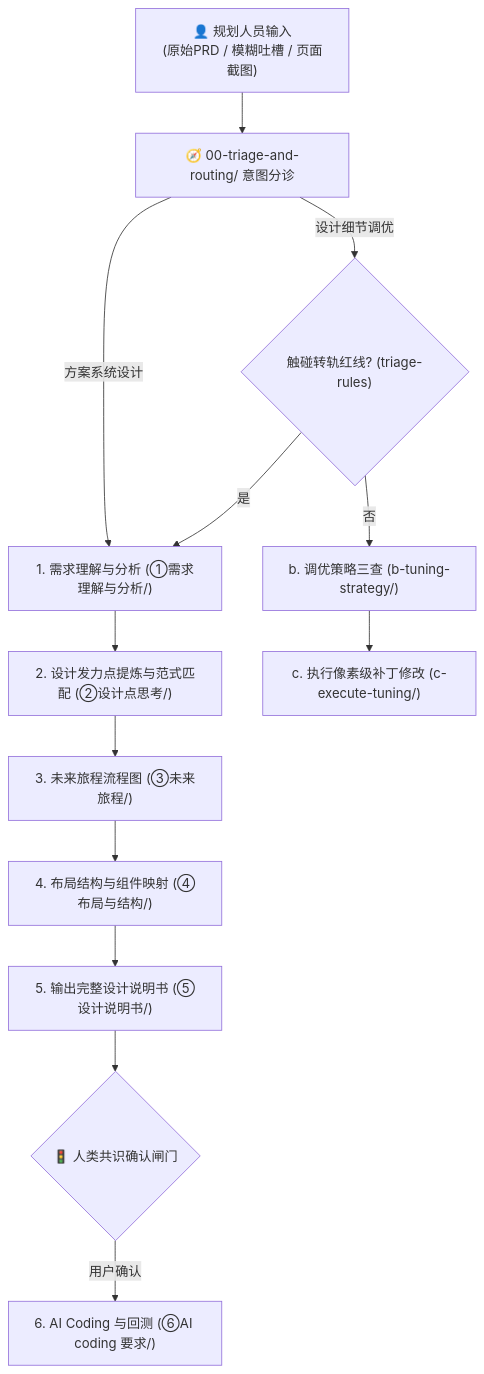
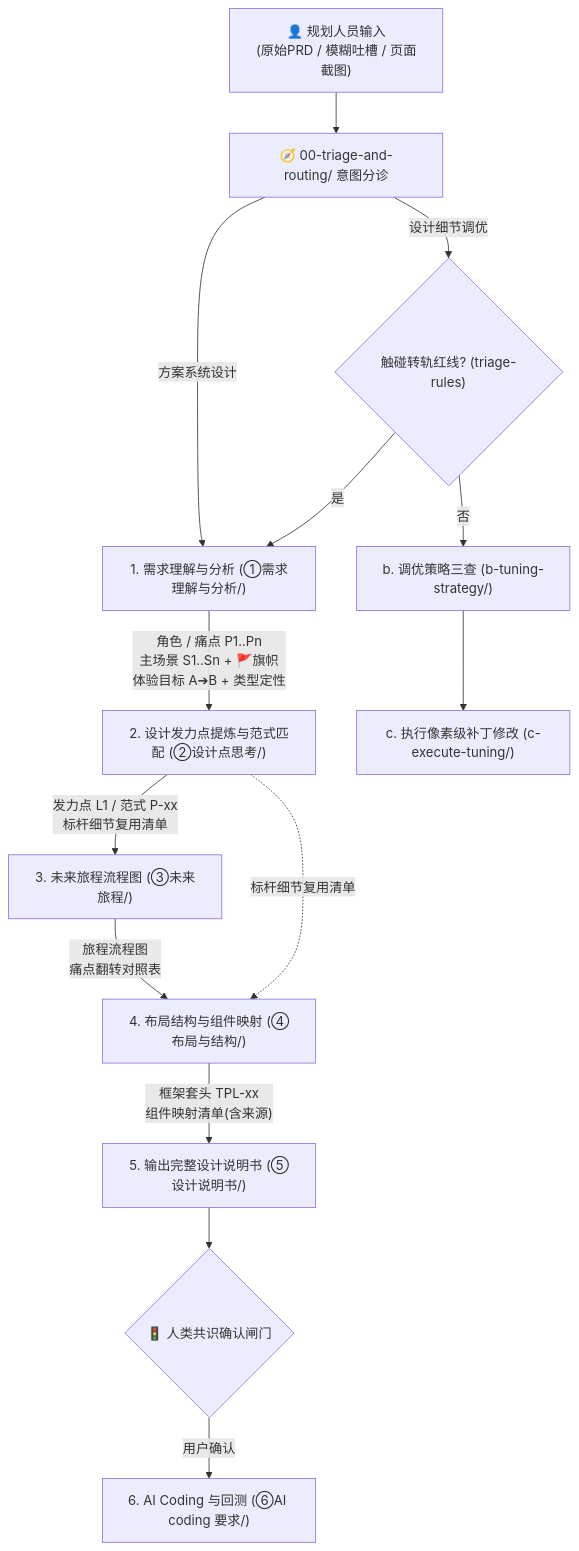
One commit to wangjue2026/skill-designer-prism changed the first of 2 diagrams in 04-workflows-and-cases/execution-sop.md. Above: the diagram before and after it, drawn with Mermaid. The commit also changed other lines of this file and 12 other files, not shown here.

First line of the commit message:
refactor(benchmark): 标杆案例库体系化重构 — 门户+分册拆分、步骤交接契约与三套蒸馏 Schema

````diff
--- a/04-workflows-and-cases/execution-sop.md
+++ b/04-workflows-and-cases/execution-sop.md
@@ -11,18 +11,19 @@
 ```mermaid
 graph TD
     Start["👤 规划人员输入<br>(原始PRD / 模糊吐槽 / 页面截图)"] --> Triage["🧭 00-triage-and-routing/ 意图分诊"]
 
     Triage -->|"方案系统设计"| S1["1. 需求理解与分析 (①需求理解与分析/)"]
-    S1 --> S2["2. 设计发力点提炼与范式匹配 (②设计点思考/)"]
+    S1 -->|"角色 / 痛点 P1..Pn<br>主场景 S1..Sn + 🚩旗帜<br>体验目标 A➔B + 类型定性"| S2["2. 设计发力点提炼与范式匹配 (②设计点思考/)"]
     S3["3. 未来旅程流程图 (③未来旅程/)"]
-    S2 --> S3
-    S3 --> S4["4. 布局结构与组件映射 (④布局与结构/)"]
-    S4 --> S5["5. 输出完整设计说明书 (⑤设计说明书/)"]
+    S2 -->|"发力点 L1 / 范式 P-xx<br>标杆细节复用清单"| S3
+    S3 -->|"旅程流程图<br>痛点翻转对照表"| S4["4. 布局结构与组件映射 (④布局与结构/)"]
+    S2 -. "标杆细节复用清单" .-> S4
+    S4 -->|"框架套头 TPL-xx<br>组件映射清单(含来源)"| S5["5. 输出完整设计说明书 (⑤设计说明书/)"]
     S5 --> Gate{"🚦 人类共识确认闸门"}
     Gate -->|"用户确认"| S6["6. AI Coding 与回测 (⑥AI coding 要求/)"]
 
     Triage -->|"设计细节调优"| Redline{"触碰转轨红线? (triage-rules)"}
     Redline -->|"是"| S1
     Redline -->|"否"| M2["b. 调优策略三查 (b-tuning-strategy/)"]
     M2 --> M3["c. 执行像素级补丁修改 (c-execute-tuning/)"]
 ```
````
